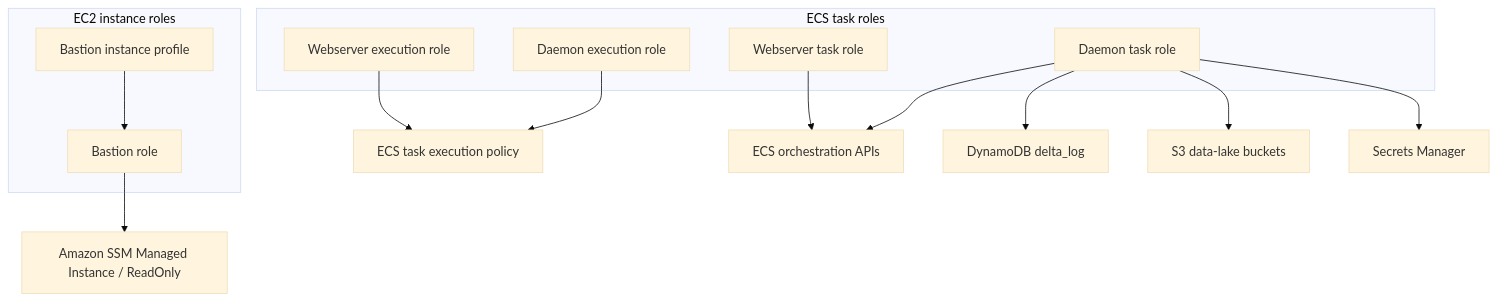
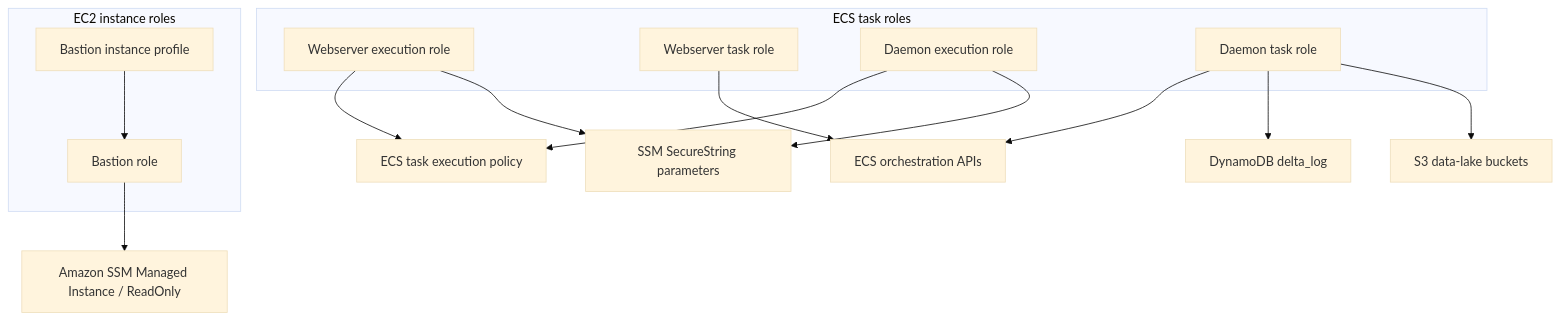
Before and after one commit to Chr1sC0de/energy-market-delta-lake: the first of 2 diagrams in infrastructure/aws-pulumi/docs/identity-and-discovery.md, drawn with Mermaid (base theme). The commit also changed other lines of this file and 34 other files, not shown here.

````diff
--- a/infrastructure/aws-pulumi/docs/identity-and-discovery.md
+++ b/infrastructure/aws-pulumi/docs/identity-and-discovery.md
@@ -23,31 +23,32 @@
 ```mermaid
 flowchart TB
     subgraph EC2Roles[EC2 instance roles]
         BASTIONROLE[Bastion role]
         BASTIONPROFILE[Bastion instance profile]
     end
 
     subgraph ECSRoles[ECS task roles]
         WEBEXEC[Webserver execution role]
         WEBTASK[Webserver task role]
         DAEMONEXEC[Daemon execution role]
         DAEMONTASK[Daemon task role]
     end
 
     SSM[Amazon SSM Managed Instance / ReadOnly]
     ECRPOLICY[ECS task execution policy]
     ECSAPI[ECS orchestration APIs]
     DDB[DynamoDB delta_log]
     S3[S3 data-lake buckets]
-    SECRETS[Secrets Manager]
+    SSMPARAM[SSM SecureString parameters]
 
     BASTIONROLE --> SSM
     BASTIONPROFILE --> BASTIONROLE
     WEBEXEC --> ECRPOLICY
     DAEMONEXEC --> ECRPOLICY
+    WEBEXEC --> SSMPARAM
+    DAEMONEXEC --> SSMPARAM
     WEBTASK --> ECSAPI
     DAEMONTASK --> ECSAPI
     DAEMONTASK --> DDB
     DAEMONTASK --> S3
-    DAEMONTASK --> SECRETS
 ```
````
